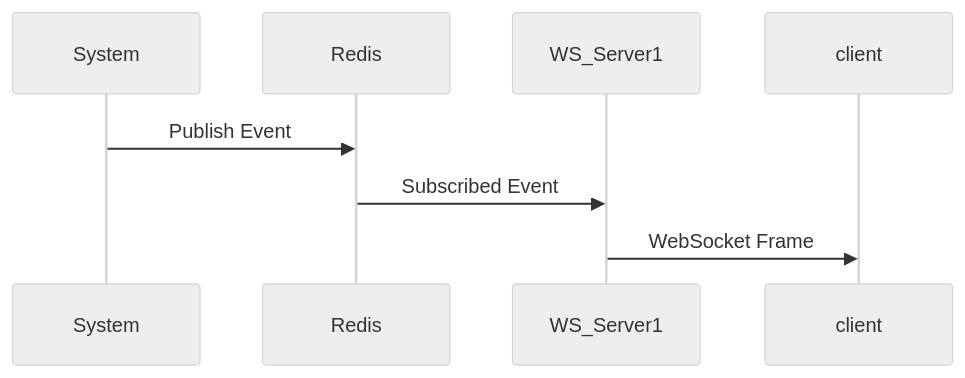
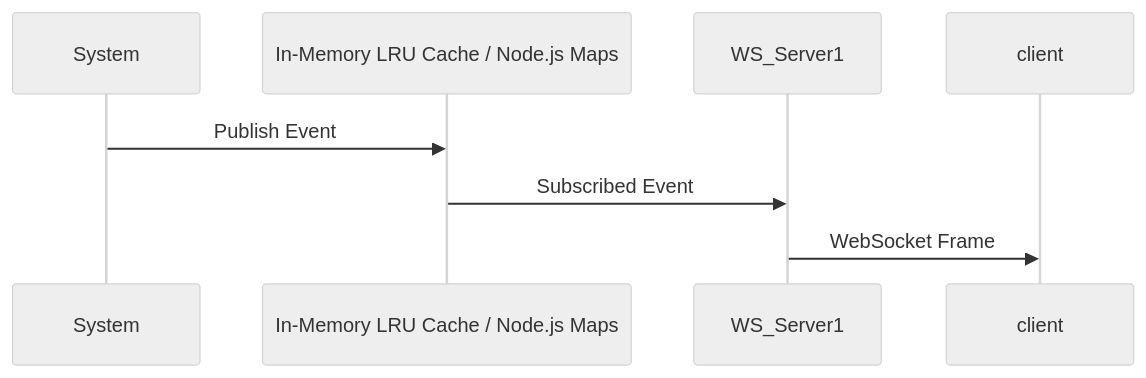
The diagram in docs/architecture.md (SumitDalavi/real-time-notifications), drawn with Mermaid (neutral theme) before and after one commit. The commit also changed other lines of this file and 5 other files, not shown here.

Commit message:
docs: update architecture and READMEs to reflect independent embedded microservices

````diff
--- a/docs/architecture.md
+++ b/docs/architecture.md
@@ -6,6 +6,6 @@
 ```mermaid
 sequenceDiagram
-    System->>Redis: Publish Event
-Redis->>WS_Server1: Subscribed Event
+    System->>In-Memory LRU Cache / Node.js Maps: Publish Event
+In-Memory LRU Cache / Node.js Maps->>WS_Server1: Subscribed Event
 WS_Server1->>client: WebSocket Frame
 ```
````
